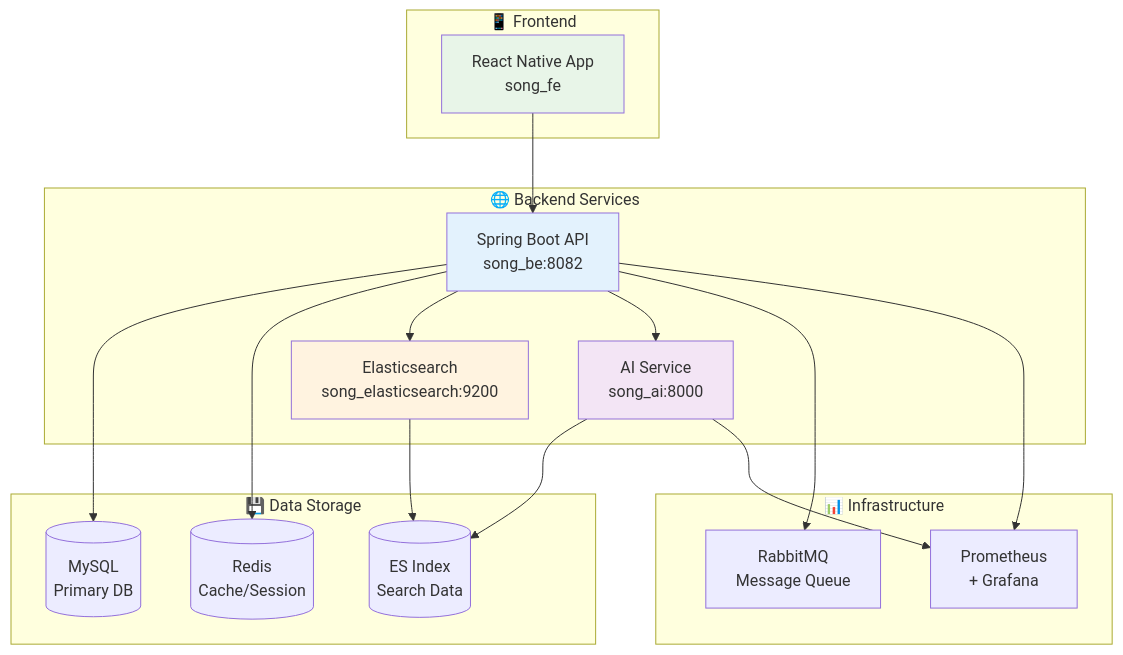
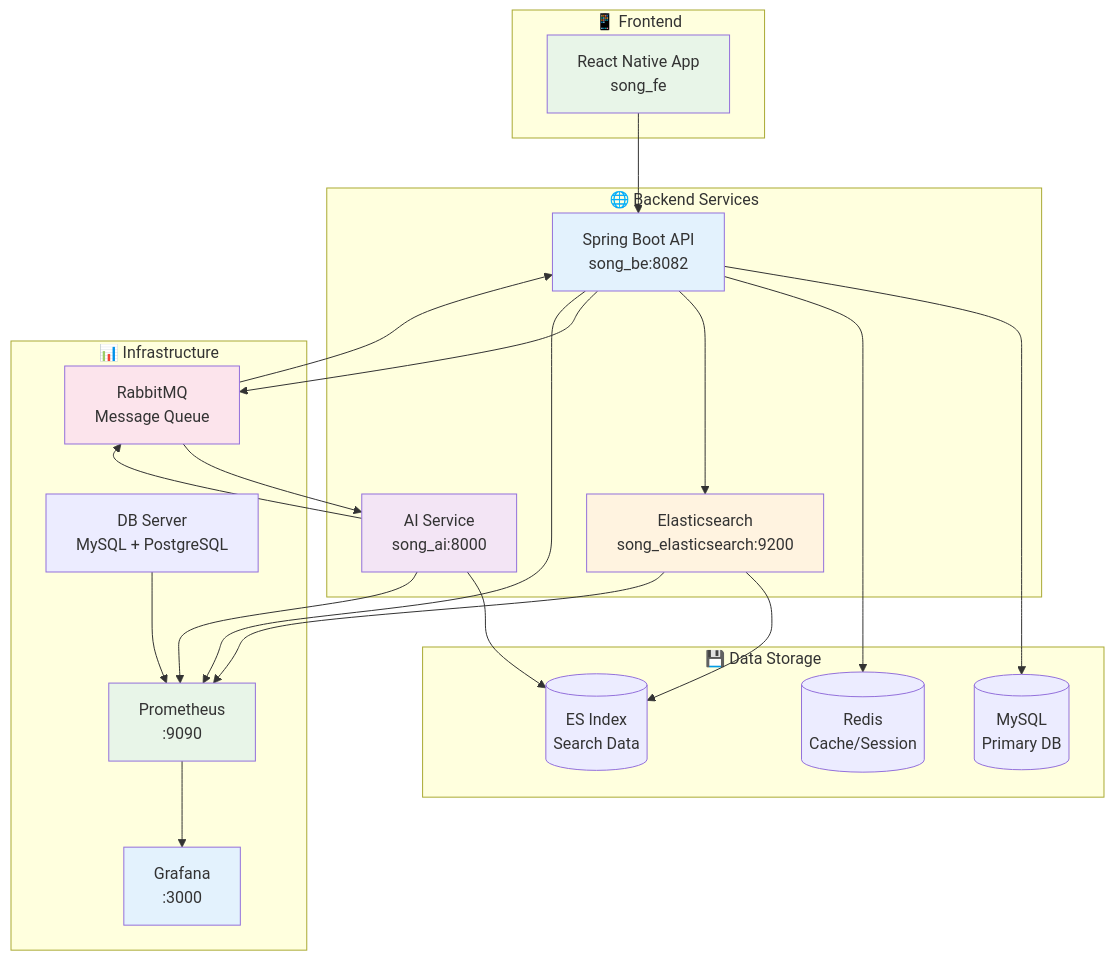
One commit to Zara8170/songs_be changed the first of 3 diagrams in README.md. Above: the diagram before and after it, drawn with Mermaid.

Commit message:
readme 수정

````diff
--- a/README.md
+++ b/README.md
@@ -100,39 +100,58 @@
 ```mermaid
 graph TB
     subgraph "📱 Frontend"
         FE[React Native App<br/>song_fe]
     end
 
     subgraph "🌐 Backend Services"
         BE[Spring Boot API<br/>song_be:8082]
         AI[AI Service<br/>song_ai:8000]
         ES[Elasticsearch<br/>song_elasticsearch:9200]
     end
 
     subgraph "💾 Data Storage"
         MySQL[(MySQL<br/>Primary DB)]
         Redis[(Redis<br/>Cache/Session)]
         ESData[(ES Index<br/>Search Data)]
     end
 
     subgraph "📊 Infrastructure"
         RMQ[RabbitMQ<br/>Message Queue]
-        Monitoring[Prometheus<br/>+ Grafana]
+        PROM[Prometheus<br/>:9090]
+        GRAF[Grafana<br/>:3000]
+        DB_SERVER[DB Server<br/>MySQL + PostgreSQL]
     end
 
+    %% Frontend to Backend
     FE --> BE
+
+    %% Backend to Storage
     BE --> MySQL
     BE --> Redis
     BE --> ES
-    BE --> AI
+
+    %% Async communication via RabbitMQ
     BE --> RMQ
+    RMQ --> AI
+    AI --> RMQ
+    RMQ --> BE
+
+    %% Search data flow
     AI --> ESData
     ES --> ESData
-    BE --> Monitoring
-    AI --> Monitoring
+
+    %% Monitoring connections
+    BE --> PROM
+    AI --> PROM
+    ES --> PROM
+    DB_SERVER --> PROM
+    PROM --> GRAF
 
     style BE fill:#e3f2fd
     style AI fill:#f3e5f5
     style ES fill:#fff3e0
     style FE fill:#e8f5e8
+    style RMQ fill:#fce4ec
+    style PROM fill:#e8f5e8
+    style GRAF fill:#e3f2fd
 ```
````
